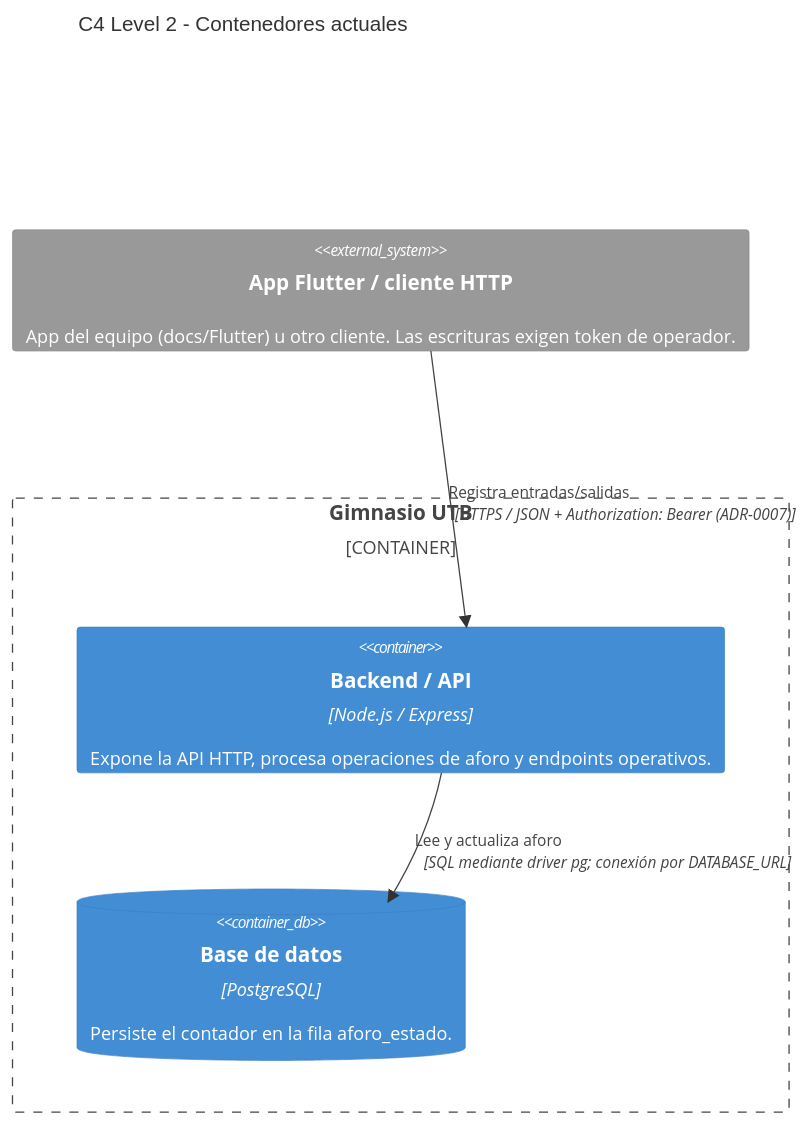
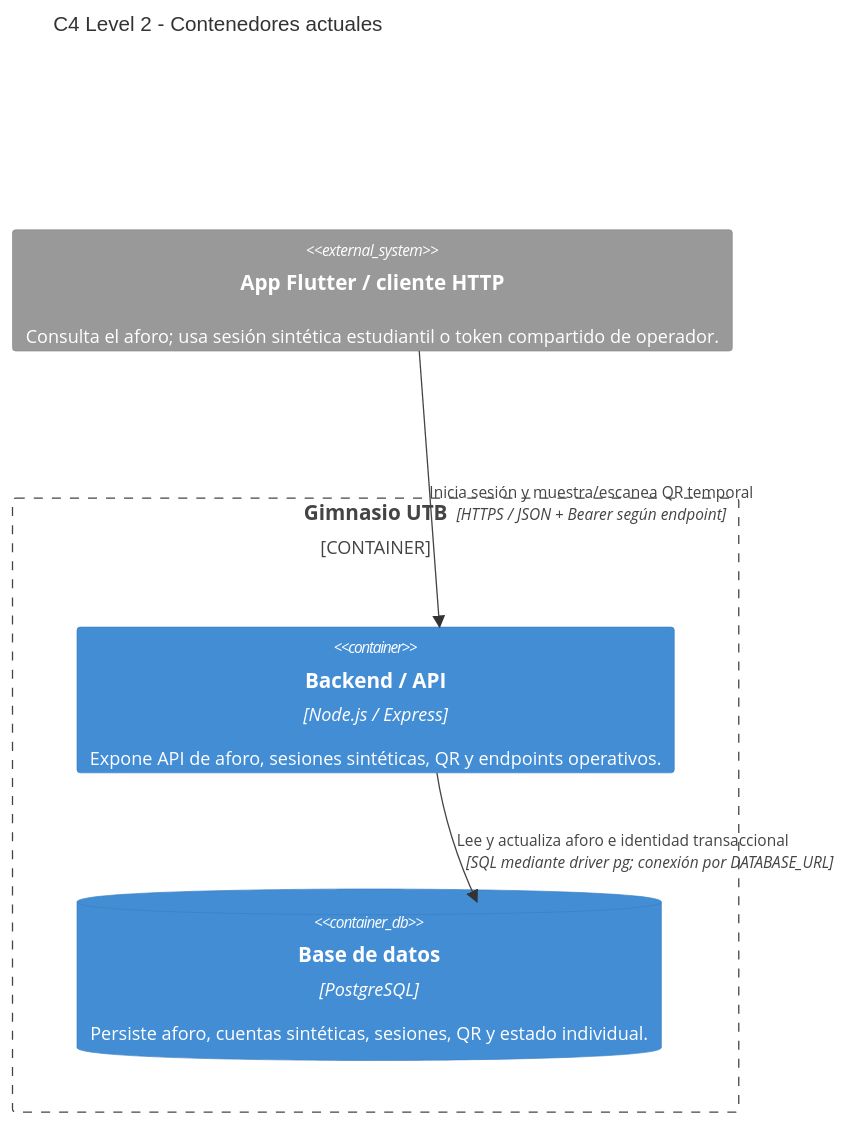
The first of 2 diagrams in docs/c4/c4_level2.md (ISCOUTB/AS_202620_GimnasioUTB), drawn with Mermaid before and after one commit. The commit also changed other lines of this file and 35 other files, not shown here.

````diff
--- a/docs/c4/c4_level2.md
+++ b/docs/c4/c4_level2.md
@@ -1,15 +1,16 @@
 ```mermaid
 C4Container
     title C4 Level 2 - Contenedores actuales
 
-    System_Ext(cliente, "App Flutter / cliente HTTP", "App del equipo (docs/Flutter) u otro cliente. Las escrituras exigen token de operador.")
+    System_Ext(cliente, "App Flutter / cliente HTTP", "Consulta el aforo; usa sesión sintética estudiantil o token compartido de operador.")
 
     Container_Boundary(sistema, "Gimnasio UTB") {
-        Container(api, "Backend / API", "Node.js / Express", "Expone la API HTTP, procesa operaciones de aforo y endpoints operativos.")
-        ContainerDb(db, "Base de datos", "PostgreSQL", "Persiste el contador en la fila aforo_estado.")
+        Container(api, "Backend / API", "Node.js / Express", "Expone API de aforo, sesiones sintéticas, QR y endpoints operativos.")
+        ContainerDb(db, "Base de datos", "PostgreSQL", "Persiste aforo, cuentas sintéticas, sesiones, QR y estado individual.")
     }
 
     Rel(cliente, api, "Consulta aforo (público) y endpoints operativos", "HTTPS / JSON")
     Rel(cliente, api, "Registra entradas/salidas", "HTTPS / JSON + Authorization: Bearer (ADR-0007)")
-    Rel(api, db, "Lee y actualiza aforo", "SQL mediante driver pg; conexión por DATABASE_URL")
+    Rel(cliente, api, "Inicia sesión y muestra/escanea QR temporal", "HTTPS / JSON + Bearer según endpoint")
+    Rel(api, db, "Lee y actualiza aforo e identidad transaccional", "SQL mediante driver pg; conexión por DATABASE_URL")
 ```
````
